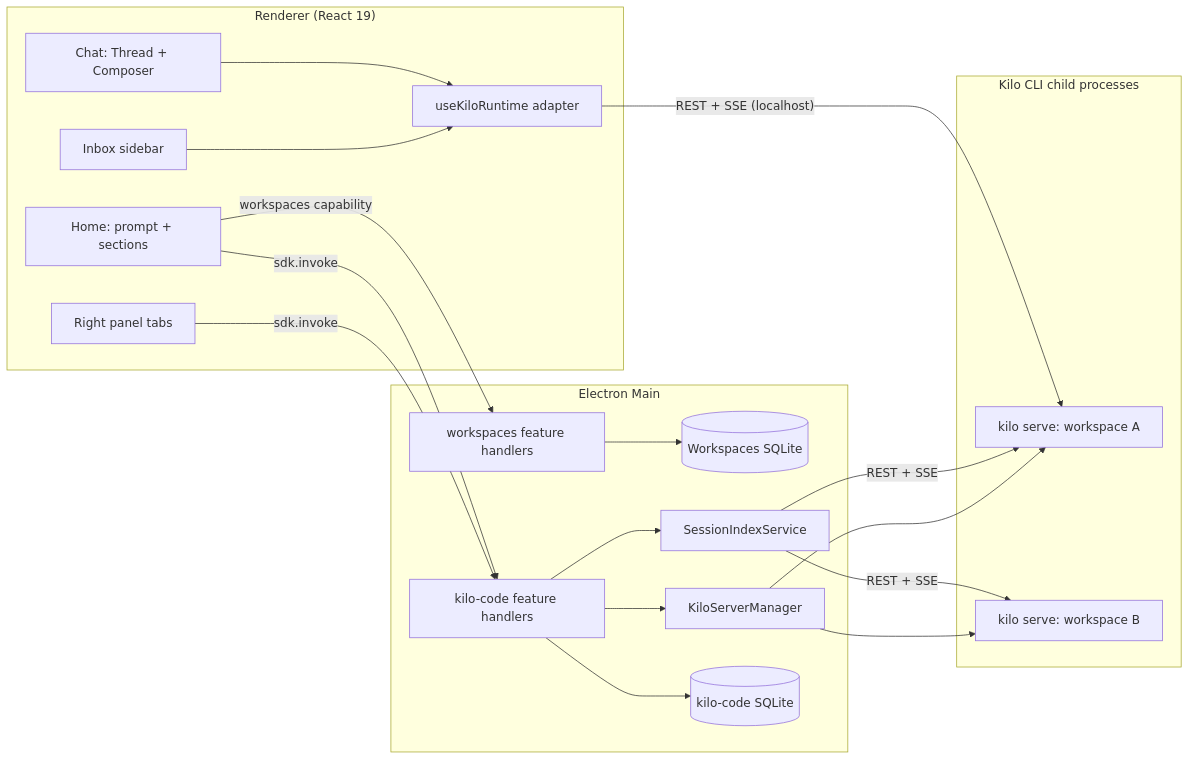
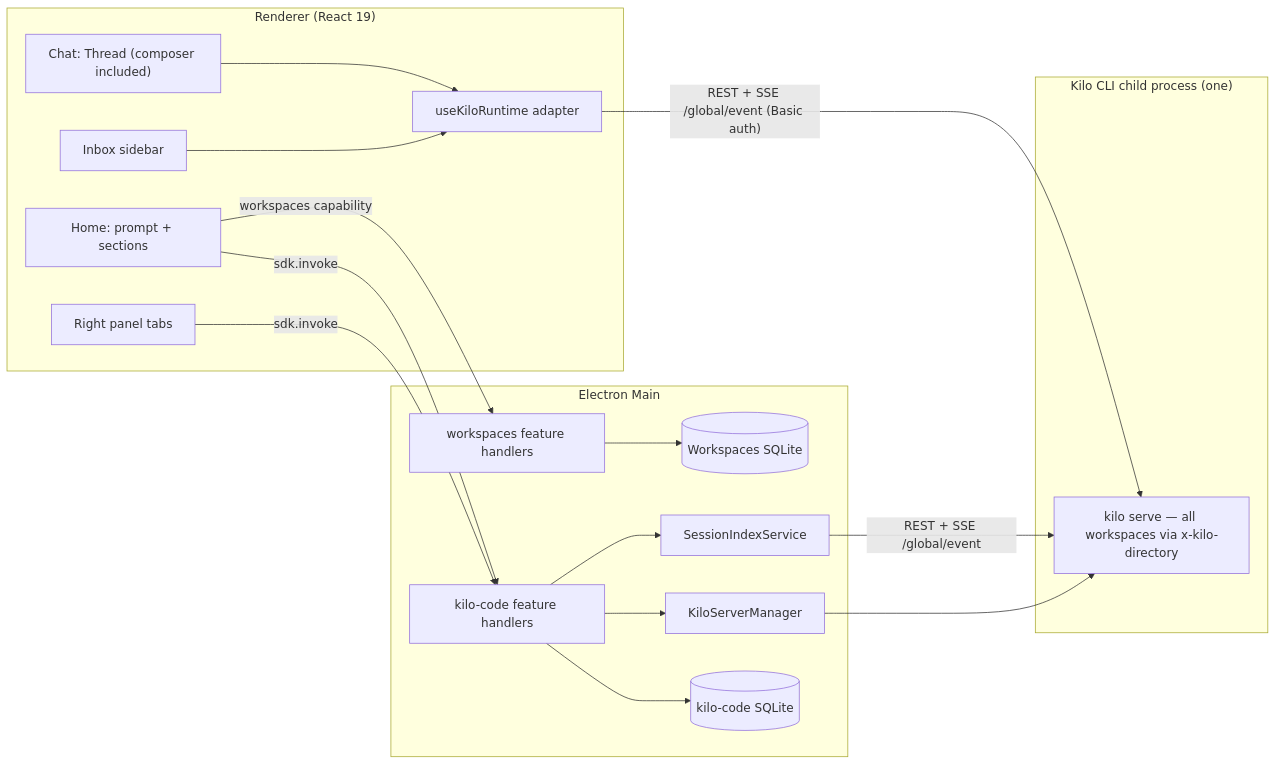
The first of 2 diagrams in docs/kilo-code-integration.md (Kilo-Org/kilo-desktop), drawn with Mermaid before and after one commit. The commit also changed other lines of this file, not shown here.

First line of the commit message:
docs: update kilo-code integration spec (rev 3-4)

````diff
--- a/docs/kilo-code-integration.md
+++ b/docs/kilo-code-integration.md
@@ -54,36 +56,33 @@
 ```mermaid
 flowchart LR
   subgraph renderer ["Renderer (React 19)"]
     HomeUI["Home: prompt + sections"]
-    ChatUI["Chat: Thread + Composer"]
+    ChatUI["Chat: Thread (composer included)"]
     SidebarUI["Inbox sidebar"]
     PanelUI["Right panel tabs"]
     KiloRuntime["useKiloRuntime adapter"]
   end
   subgraph main ["Electron Main"]
     WsFeature["workspaces feature handlers"]
     WsDB[("Workspaces SQLite")]
     KiloFeature["kilo-code feature handlers"]
     ServerMgr["KiloServerManager"]
     SessionIndex["SessionIndexService"]
     DB[("kilo-code SQLite")]
   end
-  subgraph kilo ["Kilo CLI child processes"]
-    SrvA["kilo serve: workspace A"]
-    SrvB["kilo serve: workspace B"]
+  subgraph kilo ["Kilo CLI child process (one)"]
+    Srv["kilo serve — all workspaces via x-kilo-directory"]
   end
   ChatUI --> KiloRuntime
   SidebarUI --> KiloRuntime
-  KiloRuntime -->|"REST + SSE (localhost)"| SrvA
+  KiloRuntime -->|"REST + SSE /global/event (Basic auth)"| Srv
   HomeUI -->|"sdk.invoke"| KiloFeature
   HomeUI -->|"workspaces capability"| WsFeature
   PanelUI -->|"sdk.invoke"| KiloFeature
   KiloFeature --> ServerMgr
   KiloFeature --> SessionIndex
-  SessionIndex -->|"REST + SSE"| SrvA
-  SessionIndex -->|"REST + SSE"| SrvB
+  SessionIndex -->|"REST + SSE /global/event"| Srv
   KiloFeature --> DB
   WsFeature --> WsDB
-  ServerMgr --> SrvA
-  ServerMgr --> SrvB
+  ServerMgr --> Srv
 ```
````
